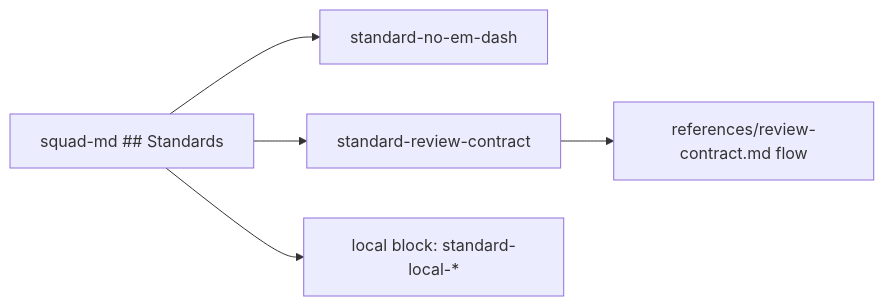
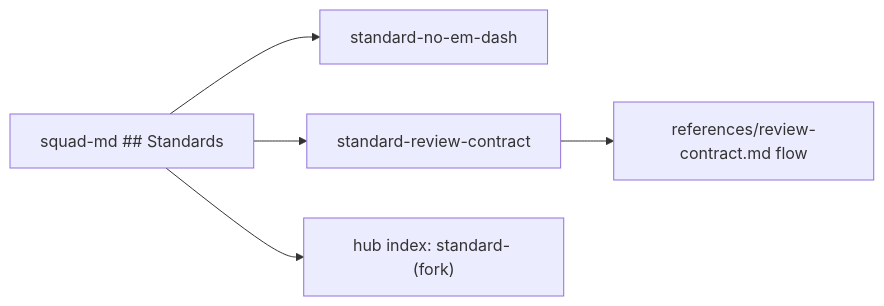
Before and after one commit to svennijhuis/agentPacks: the diagram in docs/pbi/squad/ps07-standards-index-leafs.md, drawn with Mermaid. The commit also changed other lines of this file and 12 other files, not shown here.

Commit message:
docs(pbi/squad): fork names in poteto style (standard-acme-logging, playbooks/acme-deploy.md), no local- prefix or marker block; owner list in fork-inventory.md, REF03 name clash check

````diff
--- a/docs/pbi/squad/ps07-standards-index-leafs.md
+++ b/docs/pbi/squad/ps07-standards-index-leafs.md
@@ -143,7 +143,7 @@
 ```mermaid
 flowchart LR
   H["squad-md ## Standards"] --> S1["standard-no-em-dash"]
   H --> S2["standard-review-contract"]
-  H --> SL["local block: standard-local-*"]
+  H --> SL["hub index: standard-<name> (fork)"]
   S2 --> RC["references/review-contract.md flow"]
 ```
````
